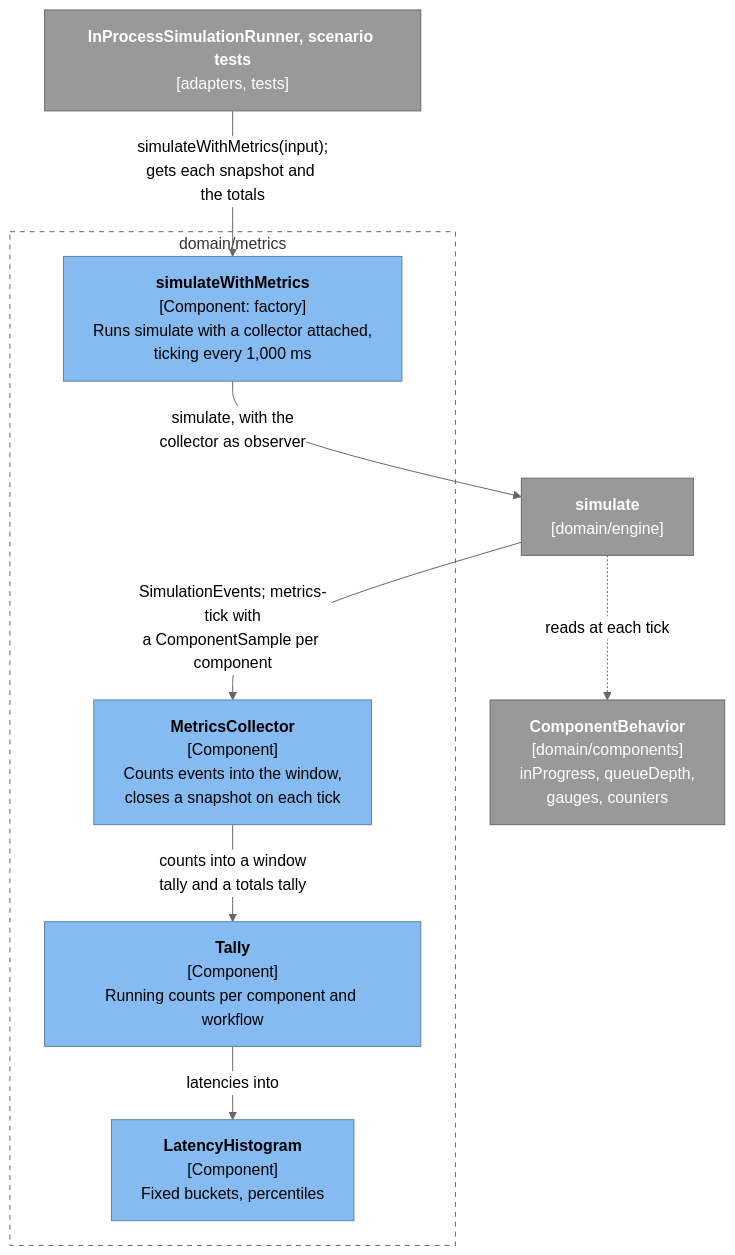
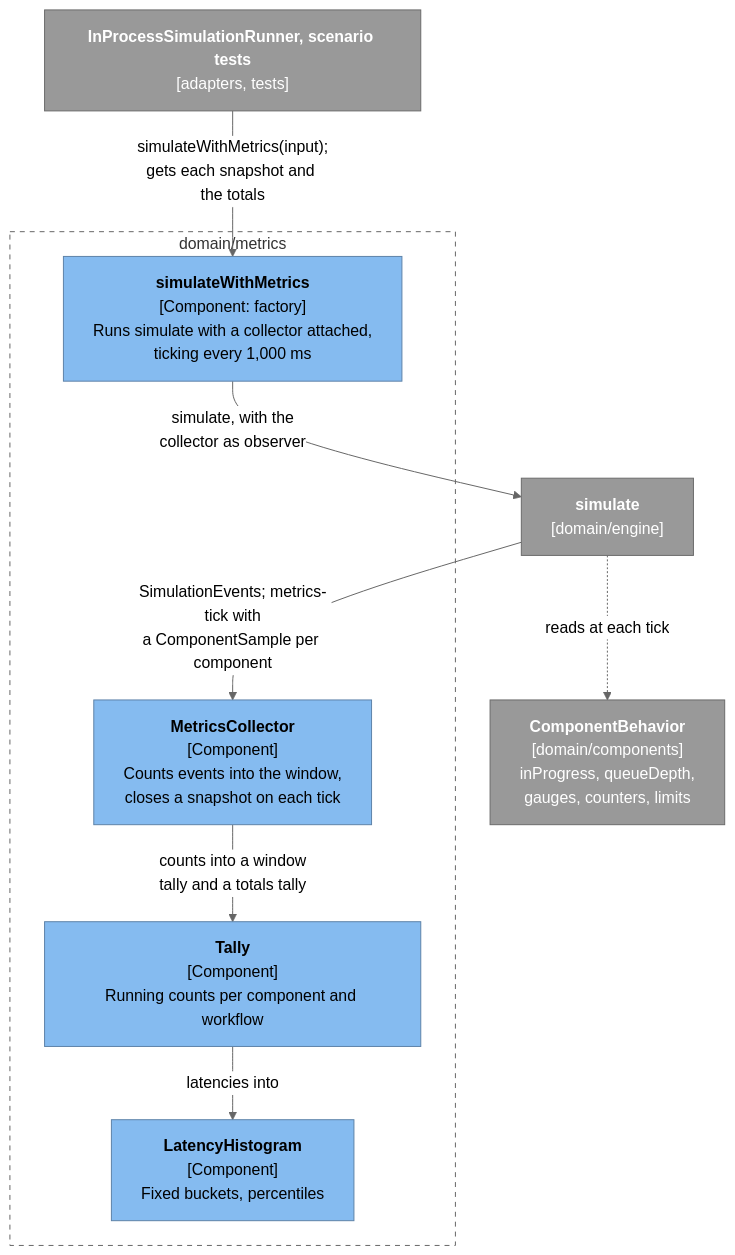
Before and after one commit to alanbickel/wind-tunnel: the first of 3 diagrams in docs/architecture/metrics.md, drawn with Mermaid (neutral theme). The commit also changed other lines of this file and 60 other files, not shown here.

Commit message:
feat: report each component's use of its own limits (#49)

````diff
--- a/docs/architecture/metrics.md
+++ b/docs/architecture/metrics.md
@@ -11,25 +11,25 @@
 ```mermaid
 %%{init: {"flowchart": {"wrappingWidth": 320}}}%%
 flowchart TB
     caller["<b>InProcessSimulationRunner, scenario tests</b><br/>[adapters, tests]"]:::external
     subgraph met["domain/metrics"]
         swm["<b>simulateWithMetrics</b><br/>[Component: factory]<br/>Runs simulate with a collector attached,<br/>ticking every 1,000 ms"]:::component
         coll["<b>MetricsCollector</b><br/>[Component]<br/>Counts events into the window,<br/>closes a snapshot on each tick"]:::component
         tally["<b>Tally</b><br/>[Component]<br/>Running counts per component and workflow"]:::component
         hist["<b>LatencyHistogram</b><br/>[Component]<br/>Fixed buckets, percentiles"]:::component
     end
     eng["<b>simulate</b><br/>[domain/engine]"]:::external
-    beh["<b>ComponentBehavior</b><br/>[domain/components]<br/>inProgress, queueDepth,<br/>gauges, counters"]:::external
+    beh["<b>ComponentBehavior</b><br/>[domain/components]<br/>inProgress, queueDepth,<br/>gauges, counters, limits"]:::external
     caller -->|"simulateWithMetrics(input);<br/>gets each snapshot and the totals"| swm
     swm -->|"simulate, with the<br/>collector as observer"| eng
     eng -->|"SimulationEvents; metrics-tick with<br/>a ComponentSample per component"| coll
     eng -.->|"reads at each tick"| beh
     coll -->|"counts into a window<br/>tally and a totals tally"| tally
     tally -->|"latencies into"| hist
     style met fill:none,stroke:#666,stroke-dasharray:5 5
     classDef person fill:#08427b,stroke:#052e56,color:#fff
     classDef system fill:#1168bd,stroke:#0b4884,color:#fff
     classDef component fill:#85bbf0,stroke:#5d82a8,color:#000
     classDef external fill:#999,stroke:#6b6b6b,color:#fff
     classDef planned fill:#fff,stroke:#1168bd,color:#1168bd,stroke-dasharray:5 5
 ```
````
